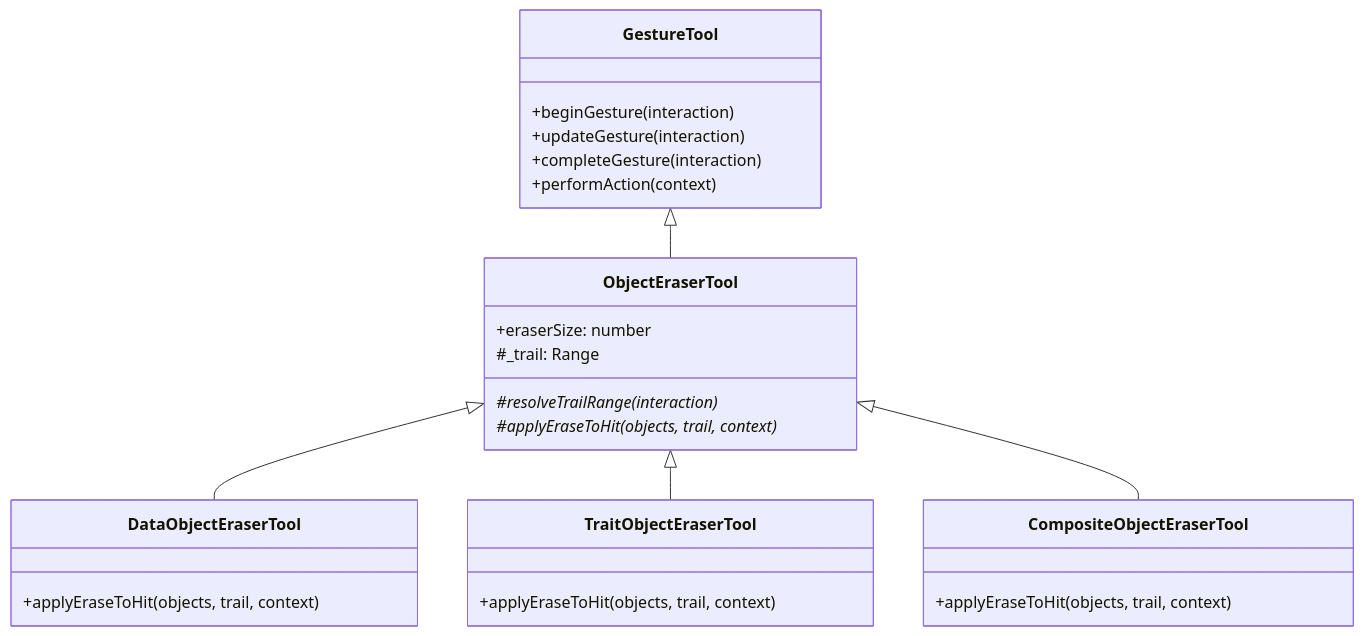
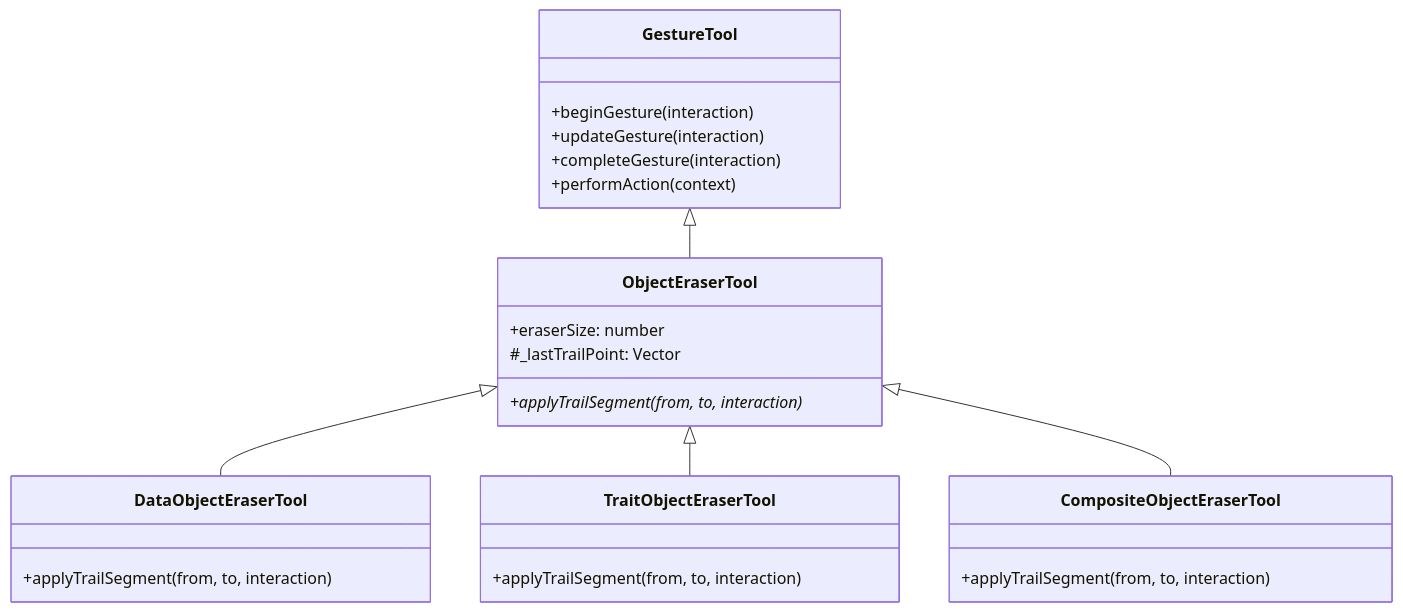
The diagram in src/core/ui-thread/devices-dag/tools/eraser/docs/object-eraser-document.md (Frank-Steven/HoundWhiteboard), drawn with Mermaid before and after one commit. The commit also changed other lines of this file and 9 other files, not shown here.

````diff
--- a/src/core/ui-thread/devices-dag/tools/eraser/docs/object-eraser-document.md
+++ b/src/core/ui-thread/devices-dag/tools/eraser/docs/object-eraser-document.md
@@ -38,33 +38,32 @@
 ```mermaid
 classDiagram
     class GestureTool {
         +beginGesture(interaction)
         +updateGesture(interaction)
         +completeGesture(interaction)
         +performAction(context)
     }
 
     class ObjectEraserTool {
         +eraserSize: number
-        #_trail: Range
-        #resolveTrailRange(interaction)*
-        #applyEraseToHit(objects, trail, context)*
+        #_lastTrailPoint: Vector
+        +applyTrailSegment(from, to, interaction)*
     }
 
     class DataObjectEraserTool {
-        +applyEraseToHit(objects, trail, context)
+        +applyTrailSegment(from, to, interaction)
     }
 
     class TraitObjectEraserTool {
-        +applyEraseToHit(objects, trail, context)
+        +applyTrailSegment(from, to, interaction)
     }
 
     class CompositeObjectEraserTool {
-        +applyEraseToHit(objects, trail, context)
+        +applyTrailSegment(from, to, interaction)
     }
 
     GestureTool <|-- ObjectEraserTool
     ObjectEraserTool <|-- DataObjectEraserTool
     ObjectEraserTool <|-- TraitObjectEraserTool
     ObjectEraserTool <|-- CompositeObjectEraserTool
 ```
````
